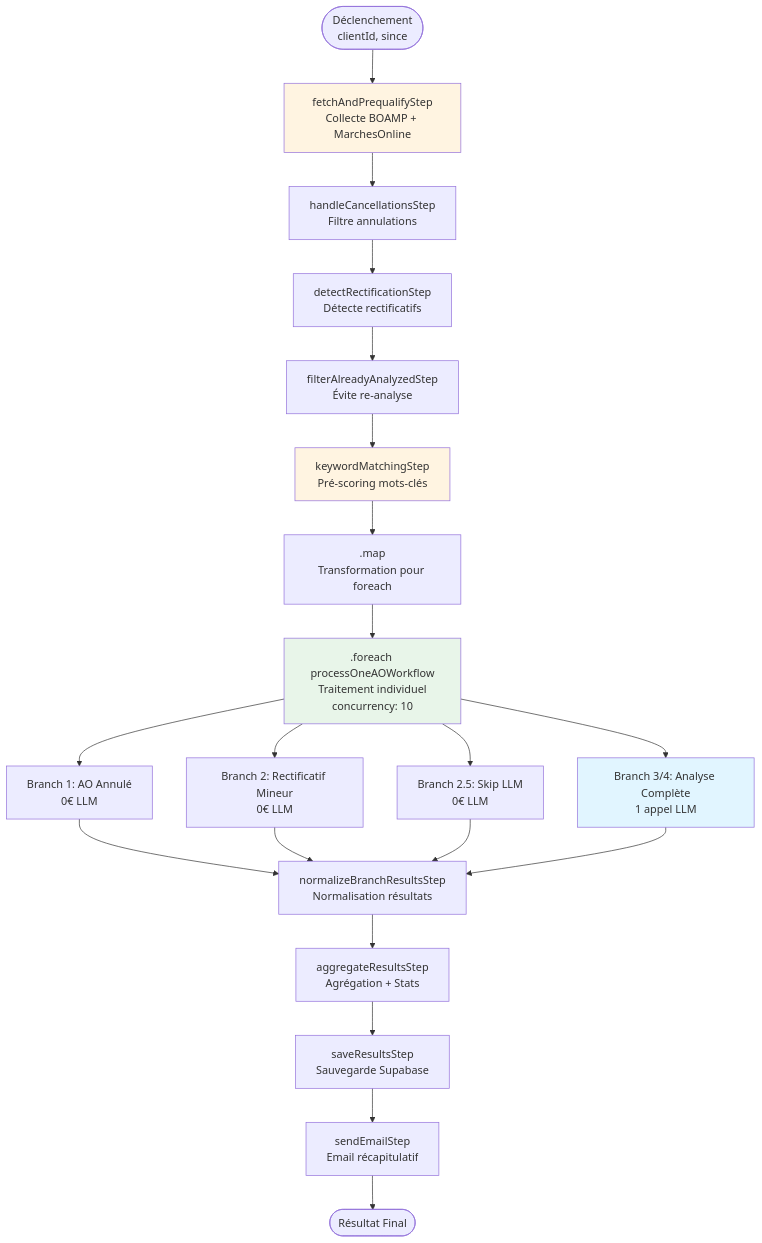
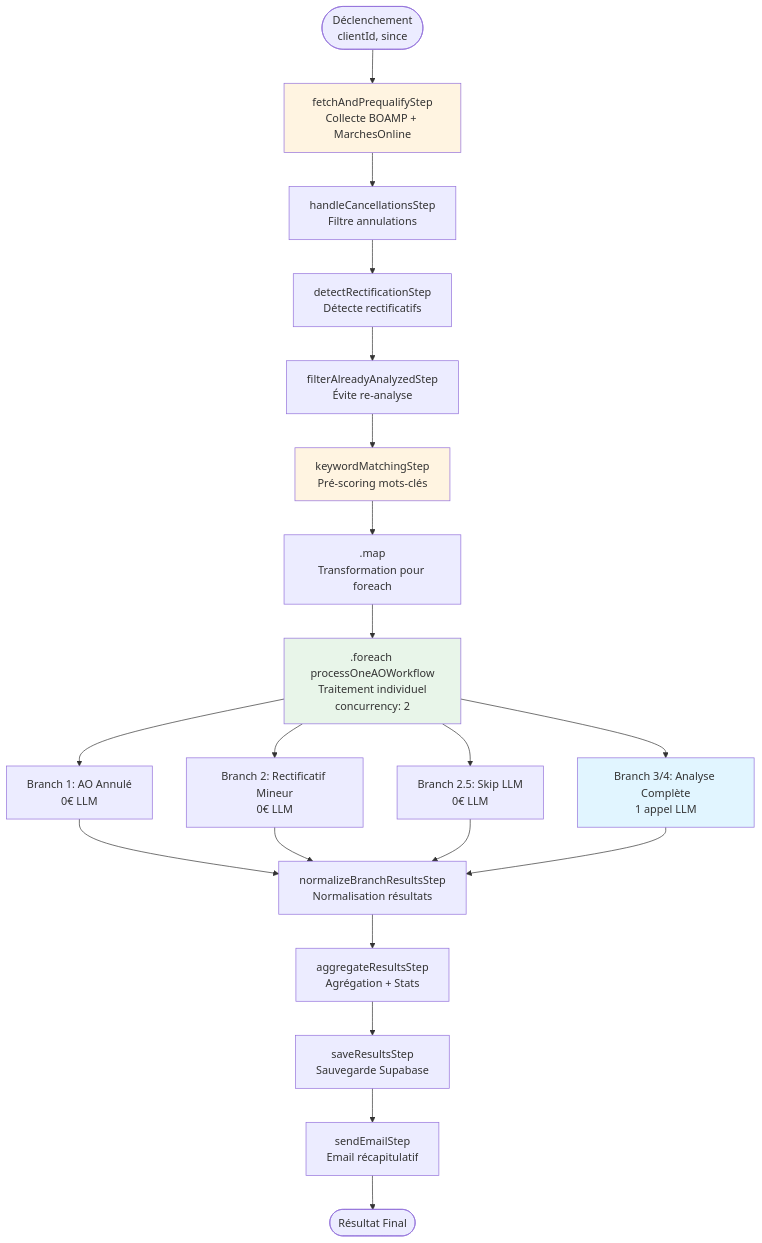
One commit to HugoDeiss/Balthazar---Agentic-System---AO-veille- changed the first of 4 diagrams in WORKFLOW_AO_VEILLE.md. Above: the diagram before and after it, drawn with Mermaid. The commit also changed other lines of this file and 7 other files, not shown here.

````diff
--- a/WORKFLOW_AO_VEILLE.md
+++ b/WORKFLOW_AO_VEILLE.md
@@ -74,30 +74,30 @@
 ```mermaid
 graph TB
     Start([Déclenchement<br/>clientId, since]) --> Fetch[fetchAndPrequalifyStep<br/>Collecte BOAMP + MarchesOnline]
     Fetch --> Cancellations[handleCancellationsStep<br/>Filtre annulations]
     Cancellations --> Rectifs[detectRectificationStep<br/>Détecte rectificatifs]
     Rectifs --> Filter[filterAlreadyAnalyzedStep<br/>Évite re-analyse]
     Filter --> Keywords[keywordMatchingStep<br/>Pré-scoring mots-clés]
     Keywords --> Map[.map<br/>Transformation pour foreach]
-    Map --> Foreach[.foreach processOneAOWorkflow<br/>Traitement individuel<br/>concurrency: 10]
+    Map --> Foreach[.foreach processOneAOWorkflow<br/>Traitement individuel<br/>concurrency: 2]
     
     Foreach --> Branch1[Branch 1: AO Annulé<br/>0€ LLM]
     Foreach --> Branch2[Branch 2: Rectificatif Mineur<br/>0€ LLM]
     Foreach --> Branch3[Branch 2.5: Skip LLM<br/>0€ LLM]
     Foreach --> Branch4[Branch 3/4: Analyse Complète<br/>1 appel LLM]
     
     Branch1 --> Normalize[normalizeBranchResultsStep<br/>Normalisation résultats]
     Branch2 --> Normalize
     Branch3 --> Normalize
     Branch4 --> Normalize
     
     Normalize --> Aggregate[aggregateResultsStep<br/>Agrégation + Stats]
     Aggregate --> Save[saveResultsStep<br/>Sauvegarde Supabase]
     Save --> Email[sendEmailStep<br/>Email récapitulatif]
     Email --> End([Résultat Final])
     
     style Fetch fill:#fff4e1
     style Keywords fill:#fff4e1
     style Branch4 fill:#e1f5ff
     style Foreach fill:#e8f5e9
 ```
````
